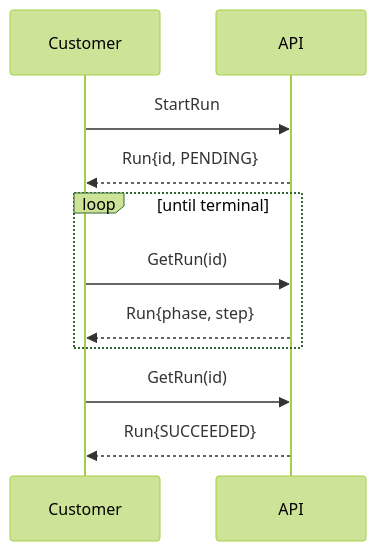
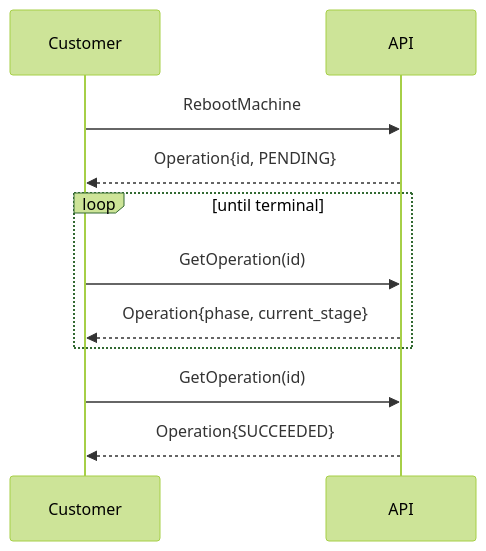
The fourth of 4 diagrams in docs/baremetal-api-v1.md (vpatelsj/stargate), drawn with Mermaid (forest theme) before and after one commit. The commit also changed other lines of this file and 7 other files, not shown here.

````diff
--- a/docs/baremetal-api-v1.md
+++ b/docs/baremetal-api-v1.md
@@ -243,14 +179,14 @@
 ```mermaid
 sequenceDiagram
     participant C as Customer
     participant A as API
 
-    C->>A: StartRun
-    A-->>C: Run{id, PENDING}
+    C->>A: RebootMachine
+    A-->>C: Operation{id, PENDING}
     loop until terminal
-        C->>A: GetRun(id)
-        A-->>C: Run{phase, step}
+        C->>A: GetOperation(id)
+        A-->>C: Operation{phase, current_stage}
     end
-    C->>A: GetRun(id)
-    A-->>C: Run{SUCCEEDED}
+    C->>A: GetOperation(id)
+    A-->>C: Operation{SUCCEEDED}
 ```
````
